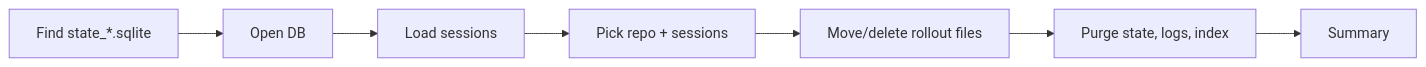
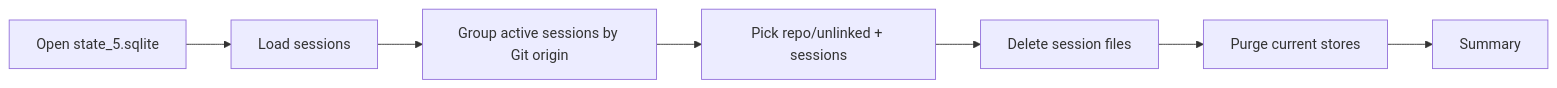
Before and after one commit to lemonbu5h/dexcow: the third of 6 diagrams in docs/architecture.md, drawn with Mermaid. The commit also changed other lines of this file and 30 other files, not shown here.

````diff
--- a/docs/architecture.md
+++ b/docs/architecture.md
@@ -20,9 +34,9 @@
 ```mermaid
 flowchart LR
-  A["Find state_*.sqlite"] --> B["Open DB"]
-  B --> C["Load sessions"]
-  C --> D["Pick repo + sessions"]
-  D --> E["Move/delete rollout files"]
-  E --> F["Purge state, logs, index"]
-  F --> G["Summary"]
+  A["Open state_5.sqlite"] --> B["Load sessions"]
+  B --> D["Group active sessions by Git origin"]
+  D --> E["Pick repo/unlinked + sessions"]
+  E --> F["Delete session files"]
+  F --> H["Purge current stores"]
+  H --> G["Summary"]
 ```
````
